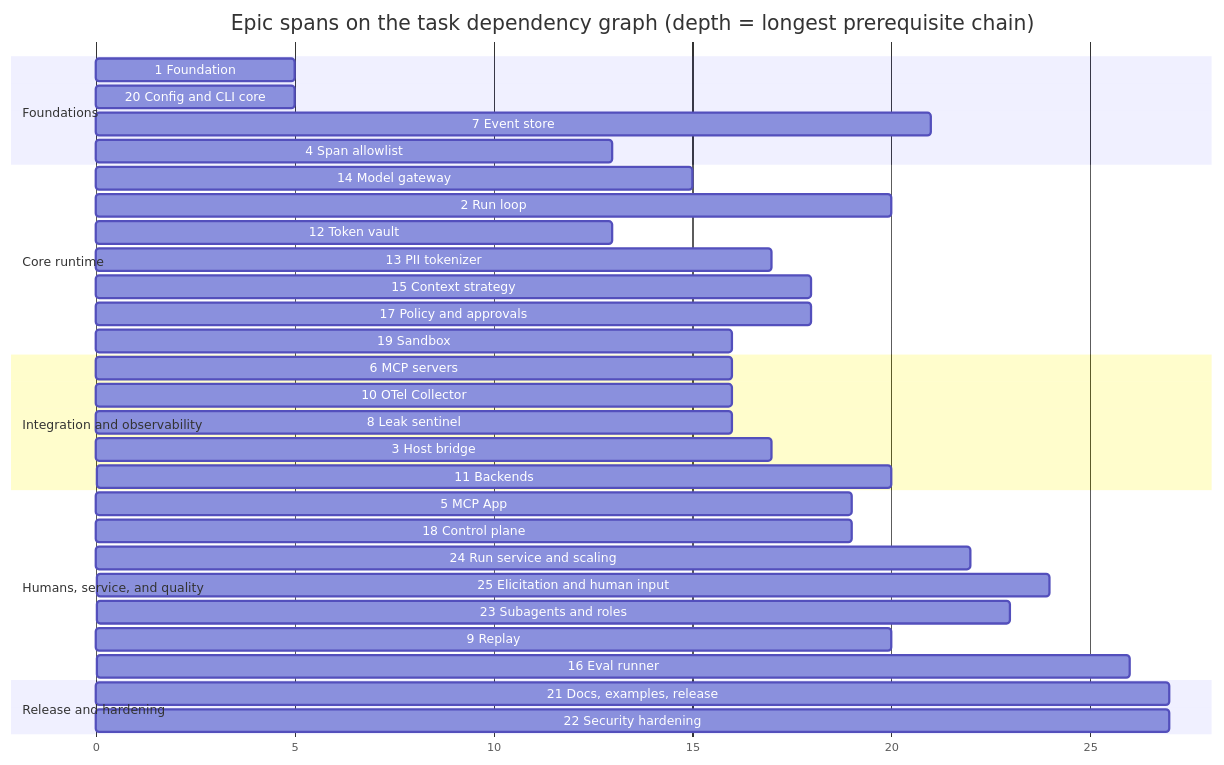
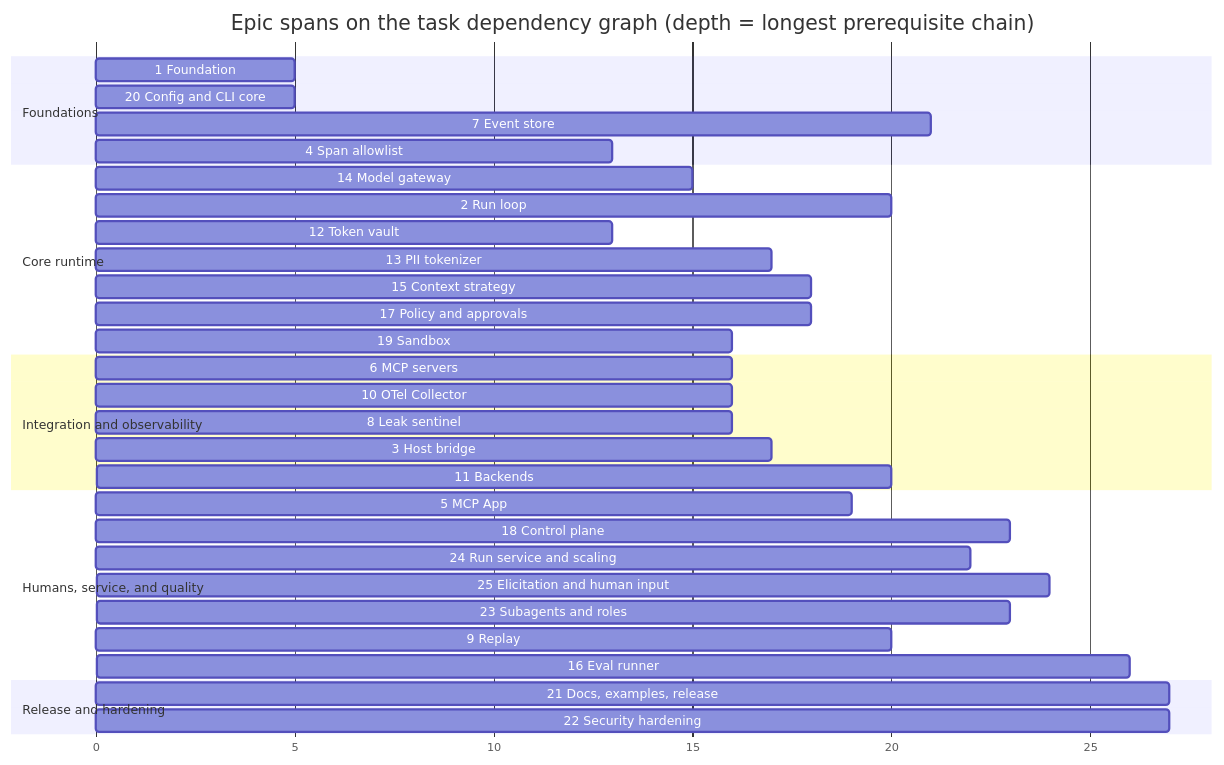
Before and after one commit to Rovinos-AI/rovinos-ai-harness: diagram 18 of 18 in README.md, drawn with Mermaid. The commit also changed other lines of this file and 28 other files, not shown here.

````diff
--- a/README.md
+++ b/README.md
@@ -828,36 +858,36 @@
 ```mermaid
 gantt
   title Epic spans on the task dependency graph (depth = longest prerequisite chain)
   dateFormat X
   axisFormat %s
   section Foundations
   1 Foundation :e1, 0, 5
   20 Config and CLI core :e20, 2, 5
   7 Event store :e7, 1, 21
   4 Span allowlist :e4, 2, 13
   section Core runtime
   14 Model gateway :e14, 0, 15
   2 Run loop :e2, 2, 20
   12 Token vault :e12, 2, 13
   13 PII tokenizer :e13, 2, 17
   15 Context strategy :e15, 6, 18
   17 Policy and approvals :e17, 3, 18
   19 Sandbox :e19, 3, 16
   section Integration and observability
   6 MCP servers :e6, 4, 16
   10 OTel Collector :e10, 4, 16
   8 Leak sentinel :e8, 11, 16
   3 Host bridge :e3, 6, 17
   11 Backends :e11, 15, 20
   section Humans, service, and quality
   5 MCP App :e5, 10, 19
-  18 Control plane :e18, 14, 19
+  18 Control plane :e18, 14, 23
   24 Run service and scaling :e24, 11, 22
   25 Elicitation and human input :e25, 18, 24
   23 Subagents and roles :e23, 17, 23
   9 Replay :e9, 14, 20
   16 Eval runner :e16, 18, 26
   section Release and hardening
   21 Docs, examples, release :e21, 3, 27
   22 Security hardening :e22, 4, 27
 ```
````
